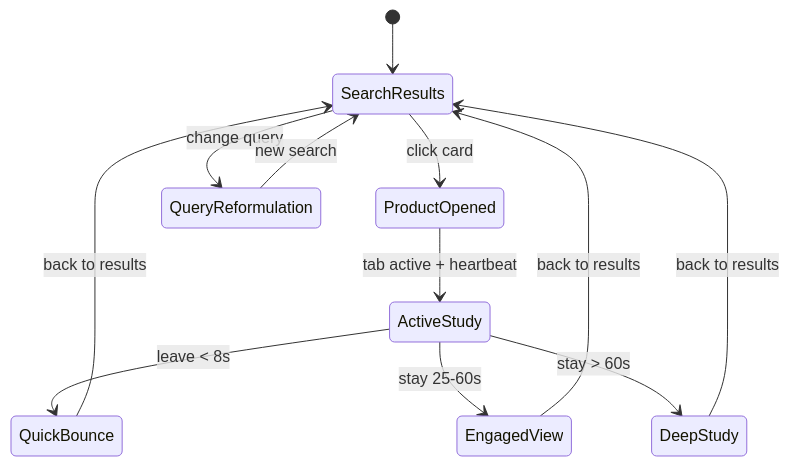
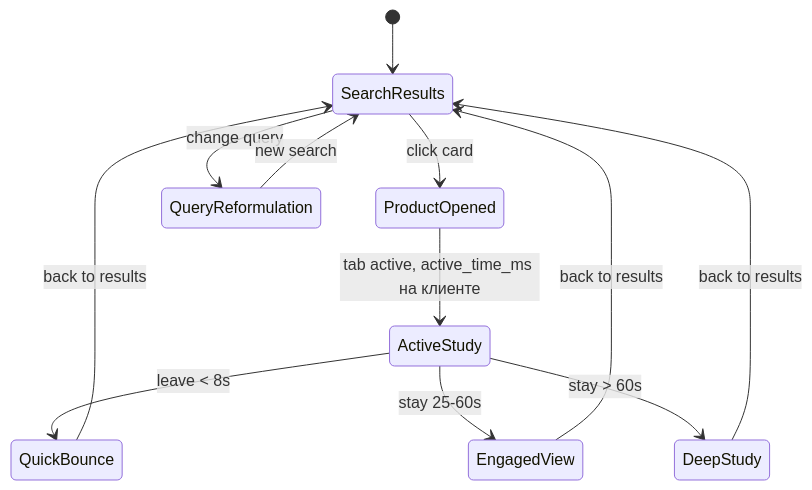
The fifth of 6 diagrams in project-spec.md (R1ikKky/intelligent-ai-search), drawn with Mermaid before and after one commit. The commit also changed other lines of this file, not shown here.

````diff
--- a/project-spec.md
+++ b/project-spec.md
@@ -555,14 +555,14 @@
 ```mermaid
 stateDiagram-v2
     [*] --> SearchResults
     SearchResults --> ProductOpened: click card
-    ProductOpened --> ActiveStudy: tab active + heartbeat
+    ProductOpened --> ActiveStudy: tab active, active_time_ms на клиенте
     ActiveStudy --> QuickBounce: leave < 8s
     ActiveStudy --> EngagedView: stay 25-60s
     ActiveStudy --> DeepStudy: stay > 60s
     QuickBounce --> SearchResults: back to results
     EngagedView --> SearchResults: back to results
     DeepStudy --> SearchResults: back to results
     SearchResults --> QueryReformulation: change query
     QueryReformulation --> SearchResults: new search
 ```
````
